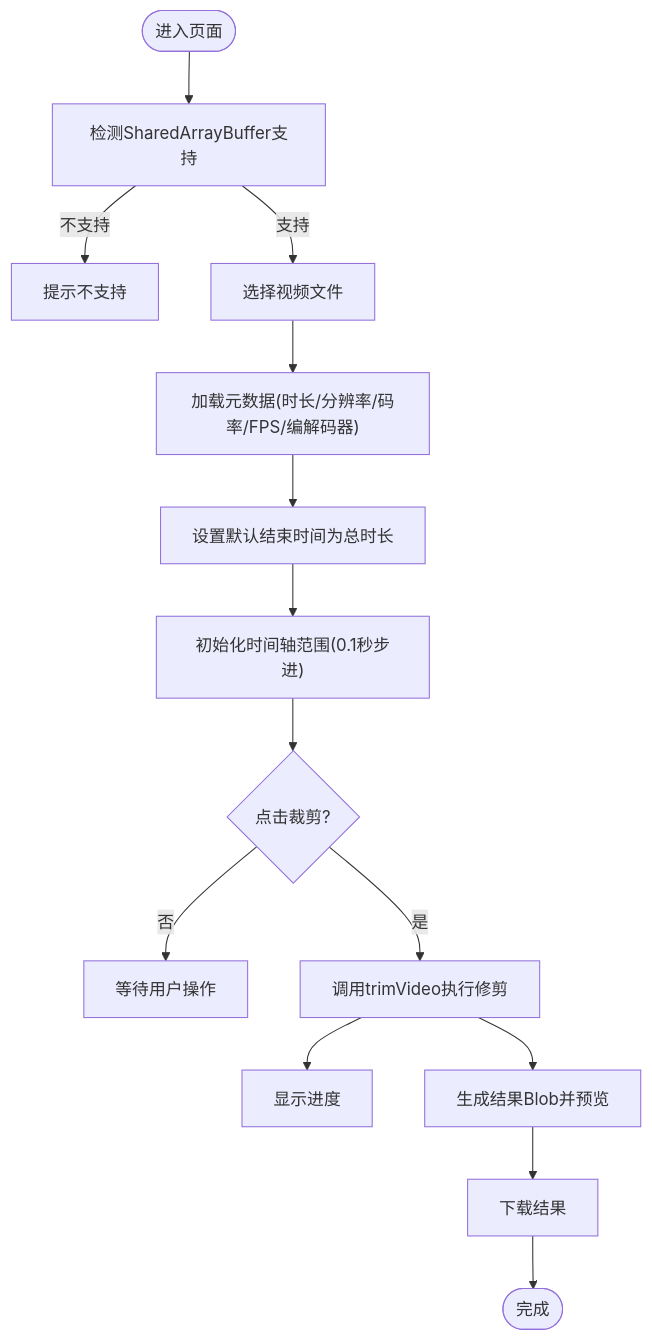
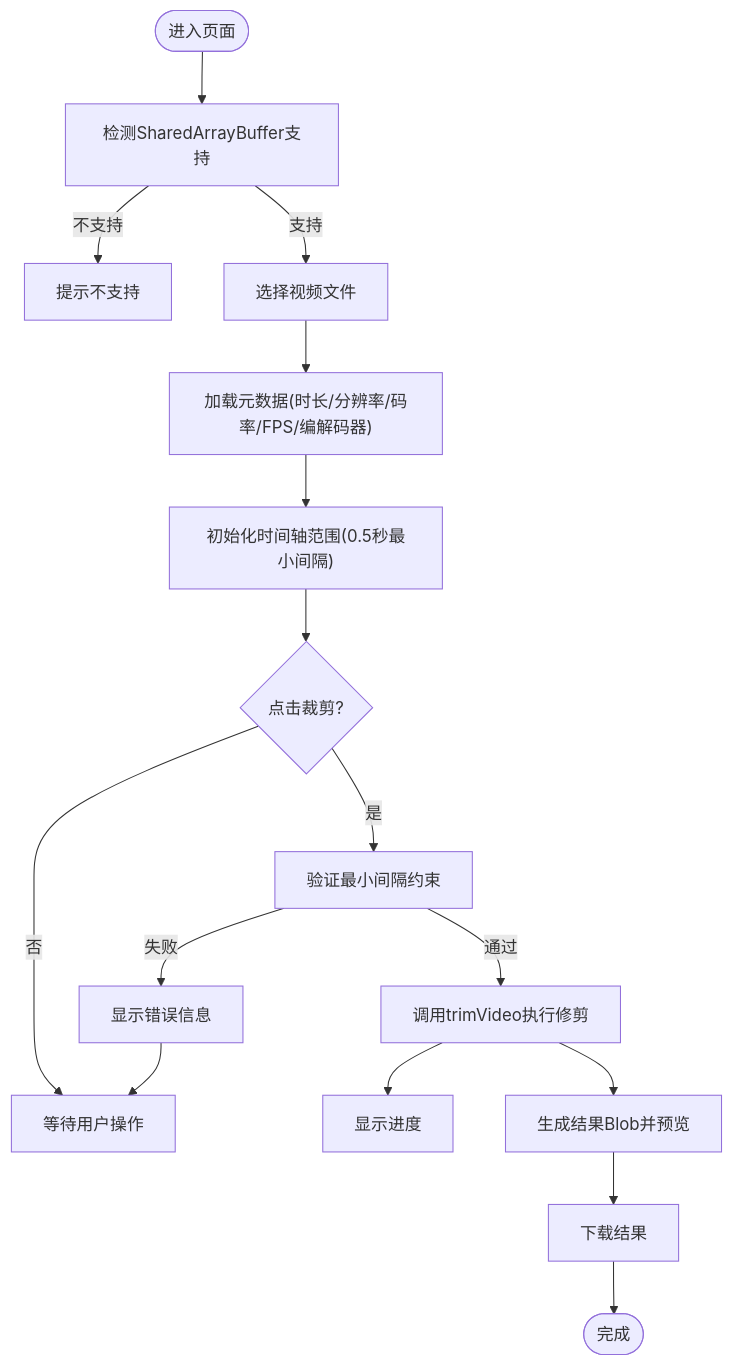
Before and after one commit to sgyy/privadeck: the third of 6 diagrams in .qoder/repowiki/zh/content/视频工具/视频修剪工具.md, drawn with Mermaid. The commit also changed other lines of this file and 23 other files, not shown here.

````diff
--- a/.qoder/repowiki/zh/content/视频工具/视频修剪工具.md
+++ b/.qoder/repowiki/zh/content/视频工具/视频修剪工具.md
@@ -144,16 +152,18 @@
 ```mermaid
 flowchart TD
 Start(["进入页面"]) --> CheckSAB["检测SharedArrayBuffer支持"]
 CheckSAB --> |不支持| ShowUnsupported["提示不支持"]
 CheckSAB --> |支持| Upload["选择视频文件"]
 Upload --> LoadMeta["加载元数据(时长/分辨率/码率/FPS/编解码器)"]
-LoadMeta --> SetDefaultEnd["设置默认结束时间为总时长"]
-SetDefaultEnd --> SetRange["初始化时间轴范围(0.1秒步进)"]
+LoadMeta --> SetRange["初始化时间轴范围(0.5秒最小间隔)"]
 SetRange --> TrimClick{"点击裁剪?"}
 TrimClick --> |否| Wait["等待用户操作"]
-TrimClick --> |是| ExecTrim["调用trimVideo执行修剪"]
+TrimClick --> |是| Validate["验证最小间隔约束"]
+Validate --> |通过| ExecTrim["调用trimVideo执行修剪"]
+Validate --> |失败| ShowError["显示错误信息"]
 ExecTrim --> ShowProgress["显示进度"]
 ExecTrim --> Result["生成结果Blob并预览"]
 Result --> Download["下载结果"]
 Download --> End(["完成"])
+ShowError --> Wait
 ```
````
